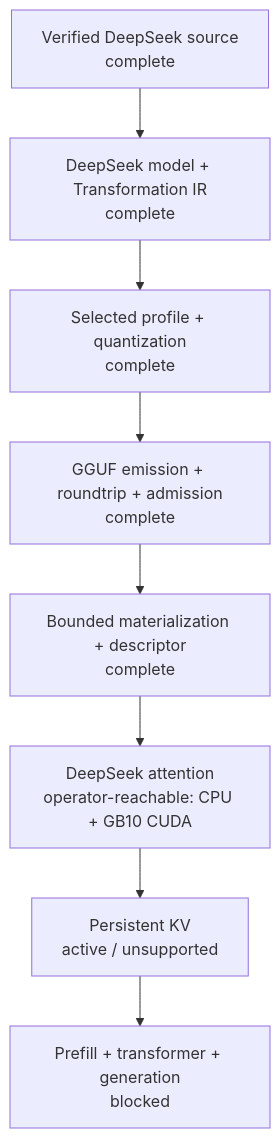
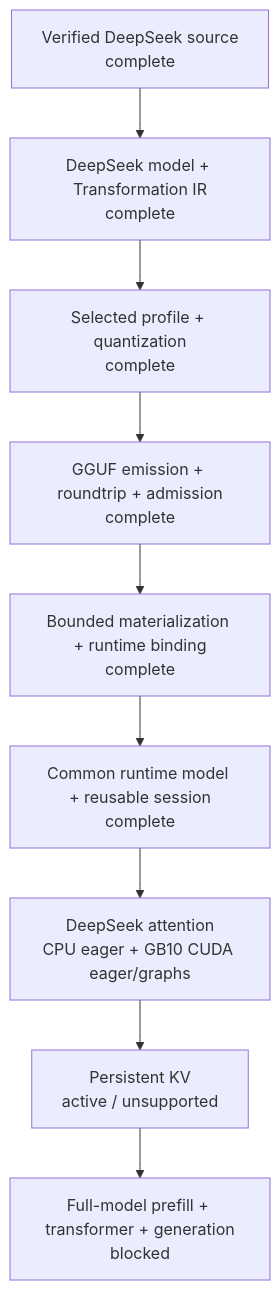
One commit to yailabs/yvex changed the diagram in README.md. Above: the diagram before and after it, drawn with Mermaid. The commit also changed other lines of this file and 280 other files, not shown here.

Commit message:
feat(runtime): canonicalize the attention execution plane

````diff
--- a/README.md
+++ b/README.md
@@ -61,10 +65,11 @@
 ```mermaid
 flowchart TD
     S["Verified DeepSeek source<br/>complete"] --> M["DeepSeek model + Transformation IR<br/>complete"]
     M --> Q["Selected profile + quantization<br/>complete"]
     Q --> G["GGUF emission + roundtrip + admission<br/>complete"]
-    G --> R["Bounded materialization + descriptor<br/>complete"]
-    R --> A["DeepSeek attention<br/>operator-reachable: CPU + GB10 CUDA"]
+    G --> R["Bounded materialization + runtime binding<br/>complete"]
+    R --> U["Common runtime model + reusable session<br/>complete"]
+    U --> A["DeepSeek attention<br/>CPU eager + GB10 CUDA eager/graphs"]
     A --> K["Persistent KV<br/>active / unsupported"]
-    K --> T["Prefill + transformer + generation<br/>blocked"]
+    K --> T["Full-model prefill + transformer + generation<br/>blocked"]
 ```
````
